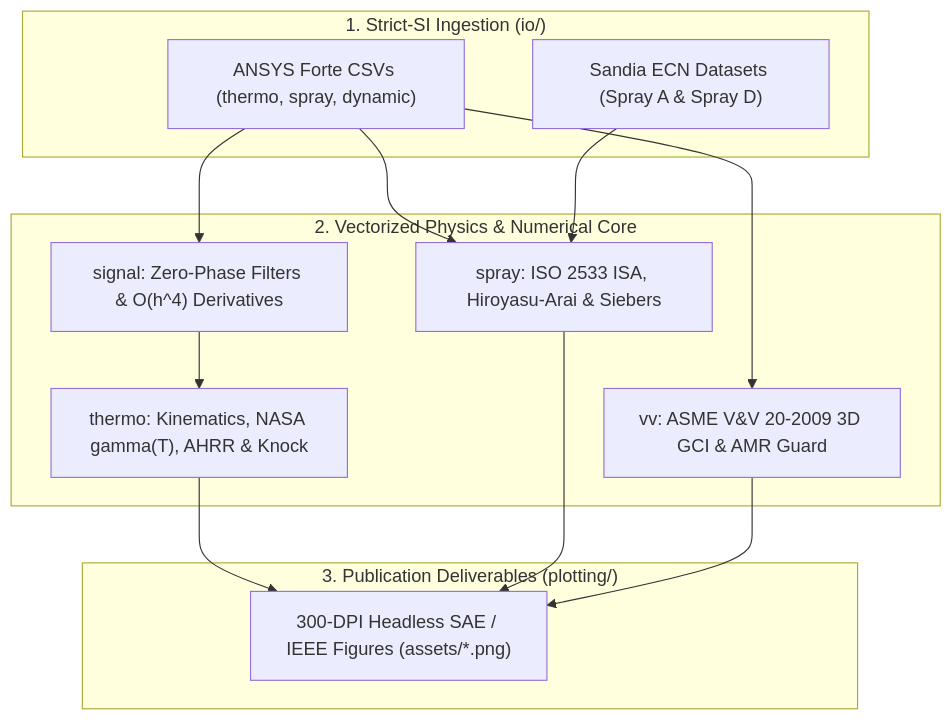
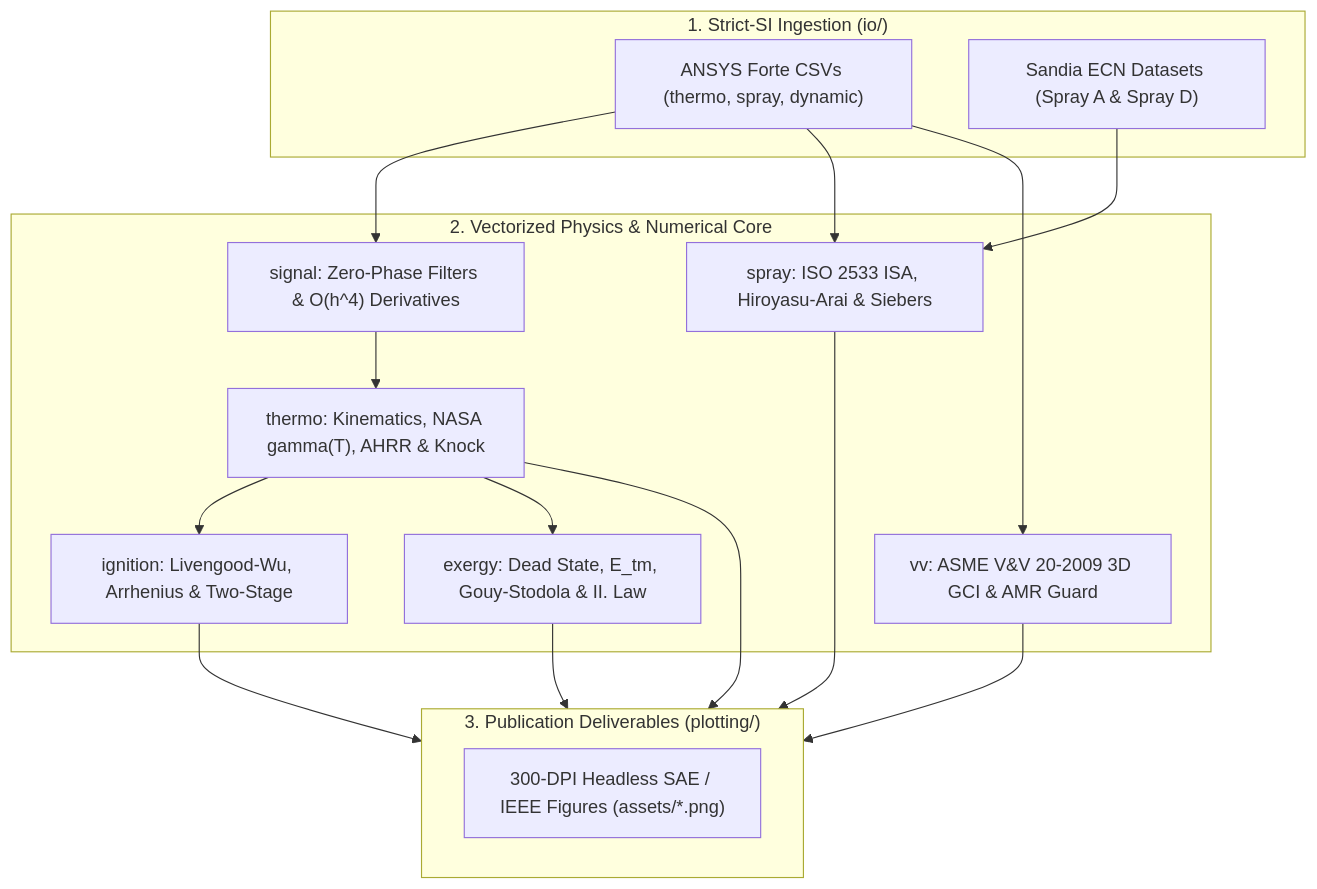
One commit to alpztel/ice-cfd-validation-assistant changed the diagram in README.md. Above: the diagram before and after it, drawn with Mermaid. The commit also changed other lines of this file and 27 other files, not shown here.

First line of the commit message:
feat(v0.2.0): add ignition kinetics, 2nd law exergy budget, and unified test suite

````diff
--- a/README.md
+++ b/README.md
@@ -141,23 +190,27 @@
 ```mermaid
 flowchart TD
     subgraph IO["1. Strict-SI Ingestion (io/)"]
         Forte["ANSYS Forte CSVs (thermo, spray, dynamic)"]
         ECN["Sandia ECN Datasets (Spray A & Spray D)"]
     end
 
     subgraph Core["2. Vectorized Physics & Numerical Core"]
         Sig["signal: Zero-Phase Filters & O(h^4) Derivatives"]
         Thermo["thermo: Kinematics, NASA gamma(T), AHRR & Knock"]
         Spray["spray: ISO 2533 ISA, Hiroyasu-Arai & Siebers"]
+        Ignition["ignition: Livengood-Wu, Arrhenius & Two-Stage"]
+        Exergy["exergy: Dead State, E_tm, Gouy-Stodola & II. Law"]
         VV["vv: ASME V&V 20-2009 3D GCI & AMR Guard"]
     end
 
     subgraph Out["3. Publication Deliverables (plotting/)"]
         Plots["300-DPI Headless SAE / IEEE Figures (assets/*.png)"]
     end
 
-    Forte --> Sig --> Thermo --> Plots
+    Forte --> Sig --> Thermo --> Out
     Forte --> Spray
-    ECN --> Spray --> Plots
-    Forte --> VV --> Plots
+    ECN --> Spray --> Out
+    Thermo --> Ignition --> Out
+    Thermo --> Exergy --> Out
+    Forte --> VV --> Out
 ```
````
